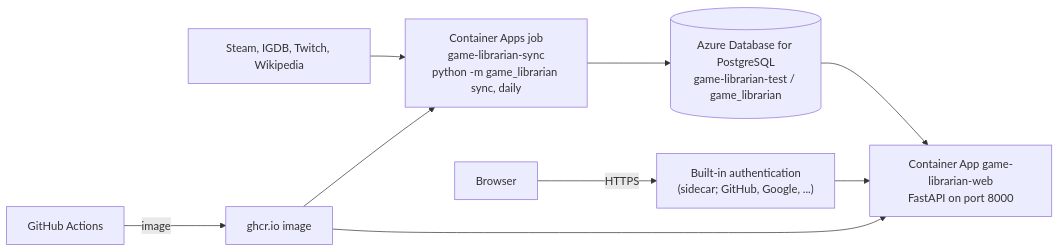
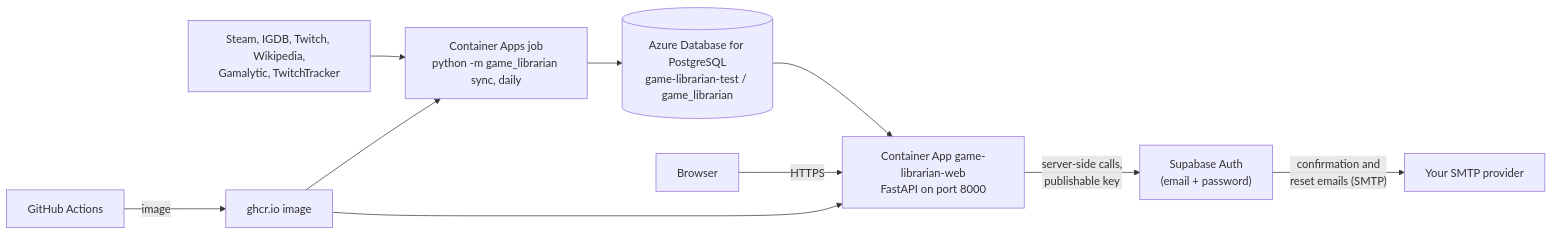
Before and after one commit to scottphung/game-librarian: the diagram in DEPLOYMENT.md, drawn with Mermaid. The commit also changed other lines of this file and 31 other files, not shown here.

````diff
--- a/DEPLOYMENT.md
+++ b/DEPLOYMENT.md
@@ -22,11 +29,12 @@
 ```mermaid
 flowchart LR
-    Sources["Steam, IGDB, Twitch, Wikipedia"] --> Job["Container Apps job<br/>game-librarian-sync<br/>python -m game_librarian sync, daily"]
+    Sources["Steam, IGDB, Twitch, Wikipedia,<br/>Gamalytic, TwitchTracker"] --> Job["Container Apps job<br/>python -m game_librarian sync, daily"]
     Job --> DB[("Azure Database for PostgreSQL<br/>game-librarian-test / game_librarian")]
     DB --> Web["Container App game-librarian-web<br/>FastAPI on port 8000"]
-    Auth["Built-in authentication<br/>(sidecar; GitHub, Google, ...)"] --> Web
-    Browser["Browser"] -->|HTTPS| Auth
+    Web -->|"server-side calls,<br/>publishable key"| Supa["Supabase Auth<br/>(email + password)"]
+    Supa -->|"confirmation and<br/>reset emails (SMTP)"| Mail["Your SMTP provider"]
+    Browser["Browser"] -->|HTTPS| Web
     GitHub["GitHub Actions"] -->|image| GHCR["ghcr.io image"]
     GHCR --> Web
     GHCR --> Job
 ```
````
